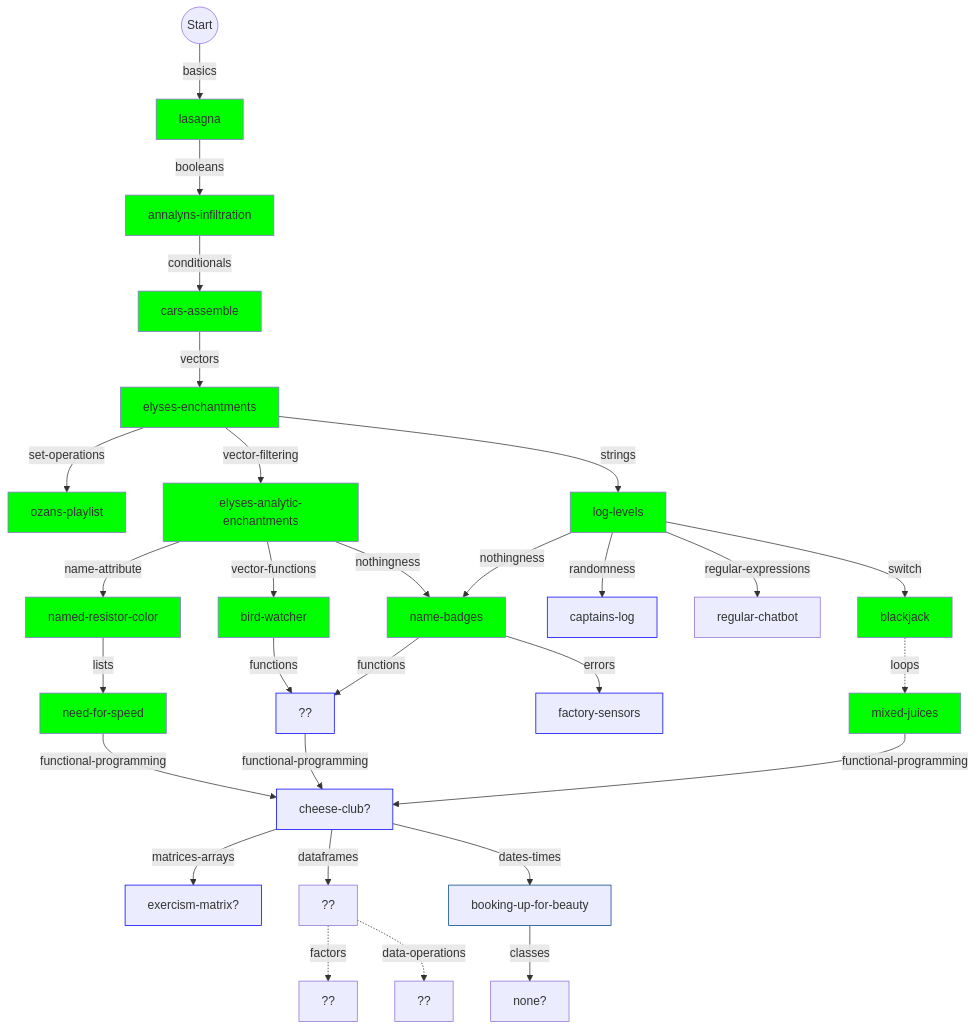
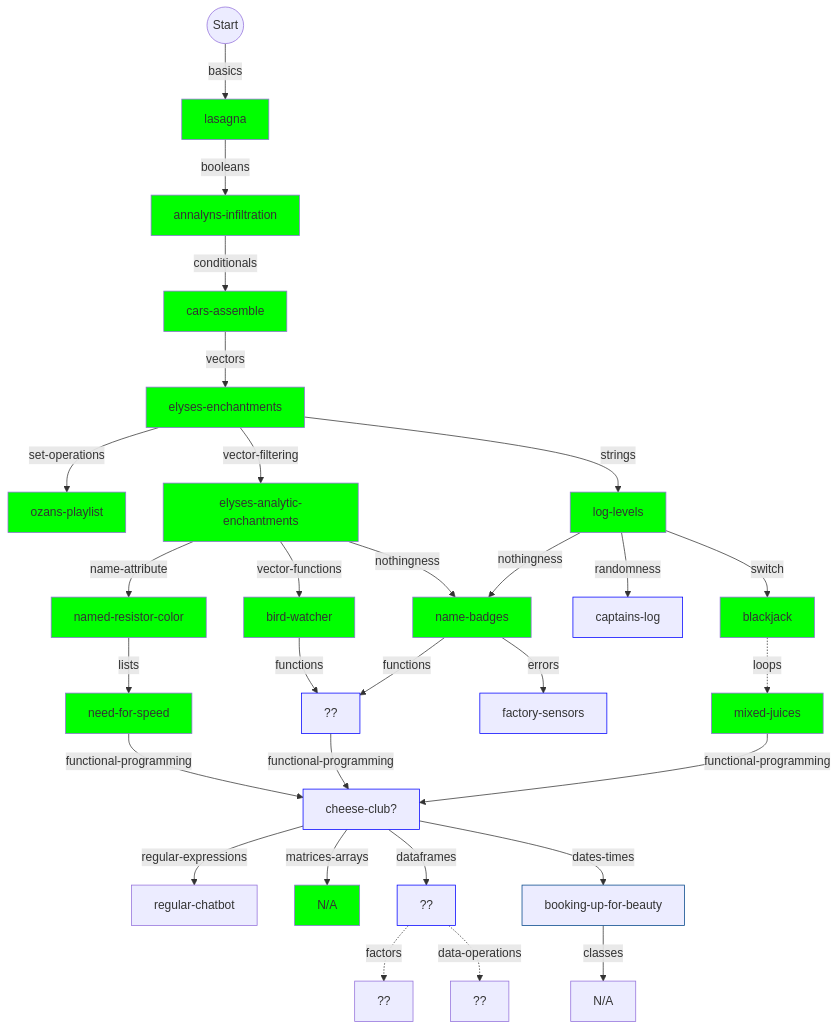
Before and after one commit to colinleach/learning-track-doodles: the first of 2 diagrams in r/flowchart.md, drawn with Mermaid. The commit also changed 1 other file, not shown here.

Commit message:
regex draft

````diff
--- a/r/flowchart.md
+++ b/r/flowchart.md
@@ -10,76 +10,77 @@
 ```mermaid
 graph TD
     
 start(("Start")) --basics--> basics["lasagna"]
 style basics fill:#0f0
 
 basics --booleans--> booleans["annalyns-infiltration"]
 style booleans fill:#0f0
 
 booleans --conditionals--> conditionals["cars-assemble"]
 style conditionals fill:#0f0
 
 conditionals --vectors--> vectors["elyses-enchantments"]
 style vectors fill:#0f0
 
 switch -.loops.-> loops["mixed-juices"]
 style loops fill:#0f0
 
 vectors --set-operations--> set-operations["ozans-playlist"]
 style set-operations fill:#0f0
 
 name-attribute --lists--> lists["need-for-speed"]
 style lists fill:#0f0
 
 vectors --vector-filtering--> vector-filtering["elyses-analytic-enchantments"]
 style vector-filtering fill:#0f0
 
 vector-filtering --name-attribute--> name-attribute["named-resistor-color"]
 style name-attribute fill:#0f0
 
 vector-filtering --vector-functions--> vector-functions["bird-watcher"]
 style vector-functions fill:#0f0
 
 vectors --strings--> strings["log-levels"]
 style strings fill:#0f0
 
 vector-filtering --nothingness--> nothingness["name-badges"]
 strings --nothingness--> nothingness["name-badges"]
 style nothingness fill:#0f0
 
 strings --randomness--> randomness["captains-log"]
 style randomness stroke:#00f
 
-strings --regular-expressions--> regular-expressions["regular-chatbot"]
+functional-programming --regular-expressions--> regular-expressions["regular-chatbot"]
 
 strings --switch--> switch["blackjack"]
 style switch fill:#0f0
 
-functional-programming --matrices-arrays--> matrices-arrays["exercism-matrix?"]
-style matrices-arrays stroke:#00f
+functional-programming --matrices-arrays--> matrices-arrays["N/A"]
+style matrices-arrays fill:#0f0
 
 lists --functional-programming--> functional-programming["cheese-club?"]
 functions --functional-programming--> functional-programming["cheese-club?"]
 loops --functional-programming--> functional-programming["cheese-club?"]
 style functional-programming stroke:#00f
 
 functional-programming --dataframes--> dataframes["??"]
+style dataframes stroke:#00f
 
 dataframes -.factors.-> factors["??"]
 
 dataframes -.data-operations.-> data-operations["??"]
 
 functional-programming --dates-times--> dates-times["booking-up-for-beauty"]
 style dates-times stroke:#00f
 
 vector-functions --functions--> functions["??"]
 nothingness --functions--> functions["??"]
 style functions stroke:#00f
 
 nothingness --errors--> errors["factory-sensors "]
 style errors stroke:#00f
 
-dates-times --classes--> classes["none?"]
+dates-times --classes--> classes["N/A"]
 style dates-times stroke:#048
 
 ```
````
